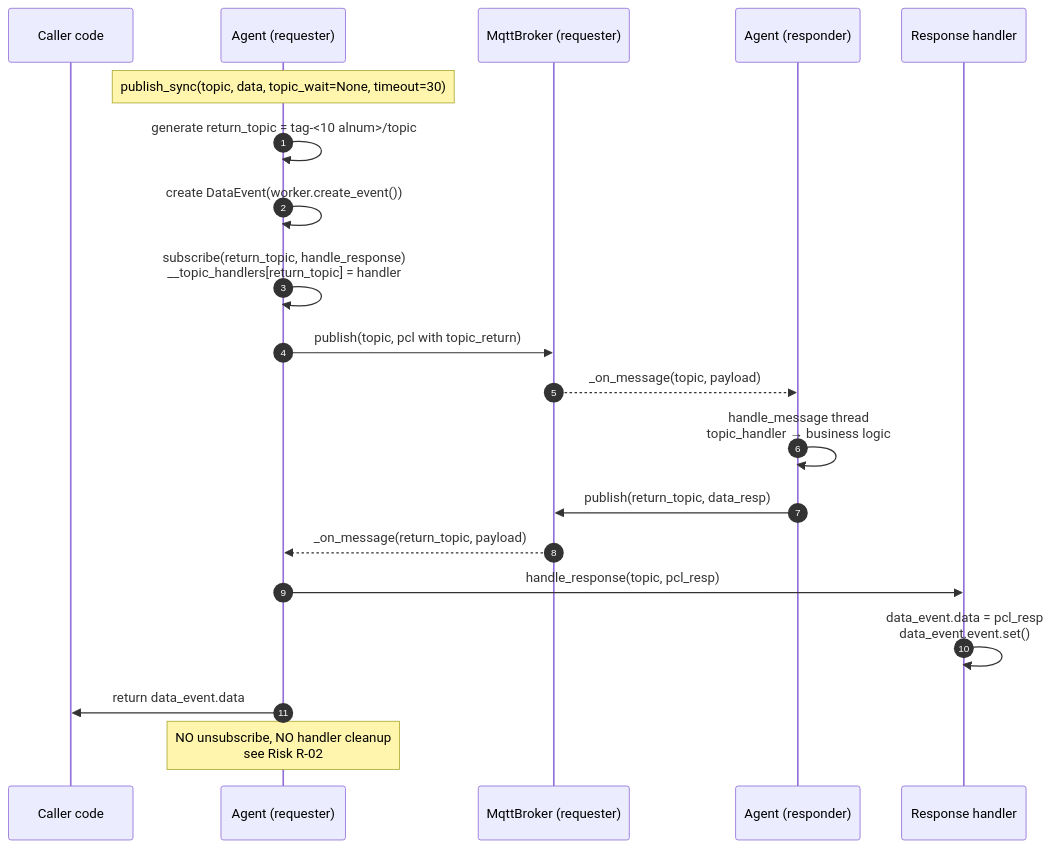
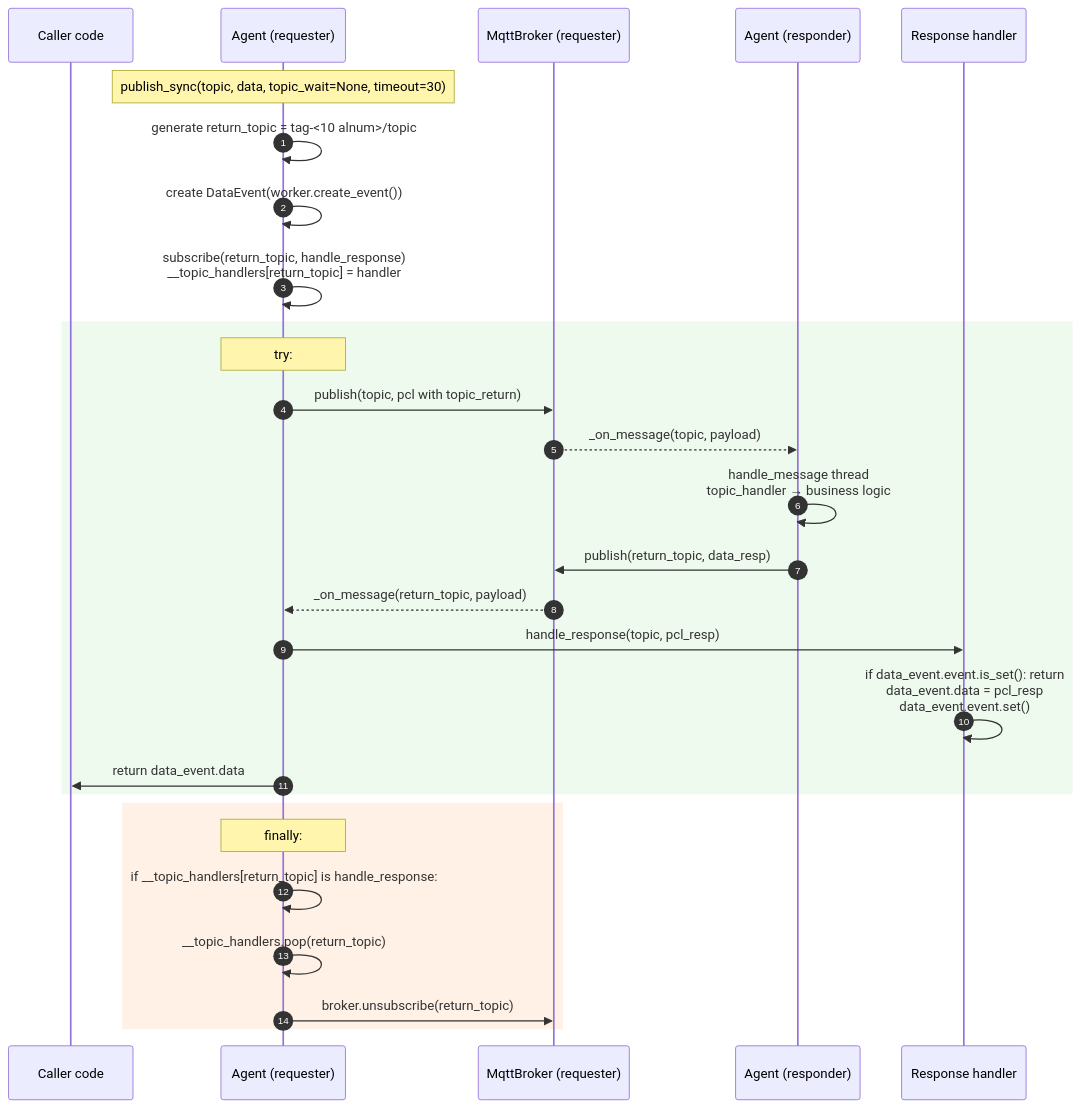
One commit to mfshiu/AgentFlow changed the third of 3 diagrams in docs/audit/02-runtime-message-flow.md. Above: the diagram before and after it, drawn with Mermaid. The commit also changed other lines of this file and 3 other files, not shown here.

````diff
--- a/docs/audit/02-runtime-message-flow.md
+++ b/docs/audit/02-runtime-message-flow.md
@@ -195,22 +197,30 @@
 ```mermaid
 sequenceDiagram
     autonumber
     participant Caller as Caller code
     participant AS as Agent (requester)
     participant BR as MqttBroker (requester)
     participant AR as Agent (responder)
     participant HR as Response handler
     Note over AS: publish_sync(topic, data, topic_wait=None, timeout=30)
     AS->>AS: generate return_topic = tag-<10 alnum>/topic
     AS->>AS: create DataEvent(worker.create_event())
     AS->>AS: subscribe(return_topic, handle_response)<br/>__topic_handlers[return_topic] = handler
-    AS->>BR: publish(topic, pcl with topic_return)
-    BR-->>AR: _on_message(topic, payload)
-    AR->>AR: handle_message thread<br/>topic_handler → business logic
-    AR->>BR: publish(return_topic, data_resp)
-    BR-->>AS: _on_message(return_topic, payload)
-    AS->>HR: handle_response(topic, pcl_resp)
-    HR->>HR: data_event.data = pcl_resp<br/>data_event.event.set()
-    AS->>Caller: return data_event.data
-    Note over AS: NO unsubscribe, NO handler cleanup<br/>see Risk R-02
+    rect rgba(220, 245, 220, 0.5)
+      Note over AS: try:
+      AS->>BR: publish(topic, pcl with topic_return)
+      BR-->>AR: _on_message(topic, payload)
+      AR->>AR: handle_message thread<br/>topic_handler → business logic
+      AR->>BR: publish(return_topic, data_resp)
+      BR-->>AS: _on_message(return_topic, payload)
+      AS->>HR: handle_response(topic, pcl_resp)
+      HR->>HR: if data_event.event.is_set(): return<br/>data_event.data = pcl_resp<br/>data_event.event.set()
+      AS->>Caller: return data_event.data
+    end
+    rect rgba(255, 235, 220, 0.7)
+      Note over AS: finally:
+      AS->>AS: if __topic_handlers[return_topic] is handle_response:
+      AS->>AS: __topic_handlers.pop(return_topic)
+      AS->>BR: broker.unsubscribe(return_topic)
+    end
 ```
````
